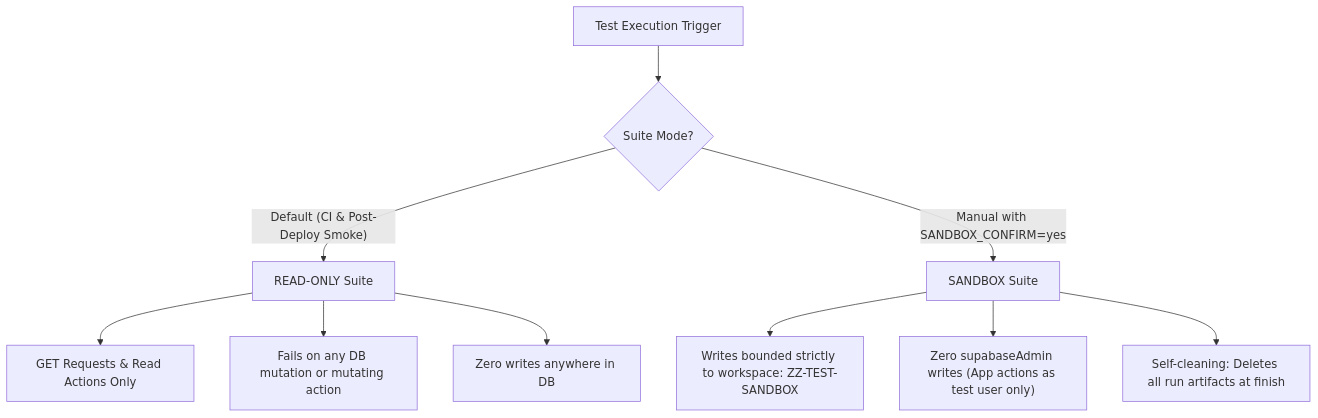
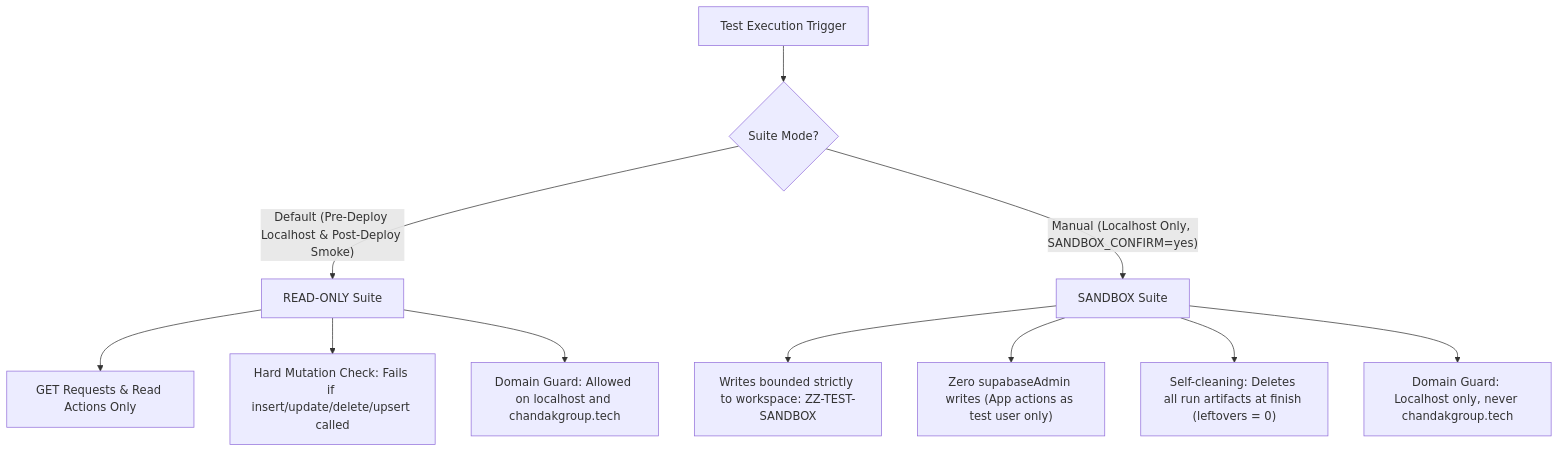
Before and after one commit to ChandakGroup611/chandakworkspace: the diagram in docs/tests/TEST_MODES.md, drawn with Mermaid. The commit also changed other lines of this file, not shown here.

Commit message:
docs(tests): revise TEST_MODES.md with two-suite localhost/production architecture and change flow

````diff
--- a/docs/tests/TEST_MODES.md
+++ b/docs/tests/TEST_MODES.md
@@ -11,15 +11,16 @@
 ```mermaid
 flowchart TD
     Run["Test Execution Trigger"] --> Decision{"Suite Mode?"}
     
-    Decision -->|"Default (CI & Post-Deploy Smoke)"| ReadOnly["READ-ONLY Suite"]
-    Decision -->|"Manual with SANDBOX_CONFIRM=yes"| Sandbox["SANDBOX Suite"]
+    Decision -->|"Default (Pre-Deploy Localhost & Post-Deploy Smoke)"| ReadOnly["READ-ONLY Suite"]
+    Decision -->|"Manual (Localhost Only, SANDBOX_CONFIRM=yes)"| Sandbox["SANDBOX Suite"]
     
     ReadOnly --> RO1["GET Requests & Read Actions Only"]
-    ReadOnly --> RO2["Fails on any DB mutation or mutating action"]
-    ReadOnly --> RO3["Zero writes anywhere in DB"]
+    ReadOnly --> RO2["Hard Mutation Check: Fails if insert/update/delete/upsert called"]
+    ReadOnly --> RO3["Domain Guard: Allowed on localhost and chandakgroup.tech"]
     
     Sandbox --> SB1["Writes bounded strictly to workspace: ZZ-TEST-SANDBOX"]
     Sandbox --> SB2["Zero supabaseAdmin writes (App actions as test user only)"]
-    Sandbox --> SB3["Self-cleaning: Deletes all run artifacts at finish"]
+    Sandbox --> SB3["Self-cleaning: Deletes all run artifacts at finish (leftovers = 0)"]
+    Sandbox --> SB4["Domain Guard: Localhost only, never chandakgroup.tech"]
 ```
````
